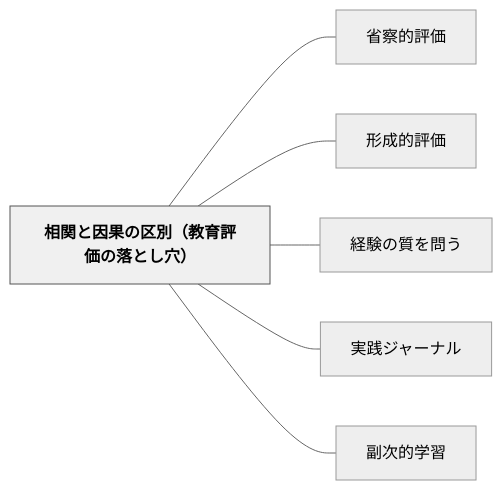
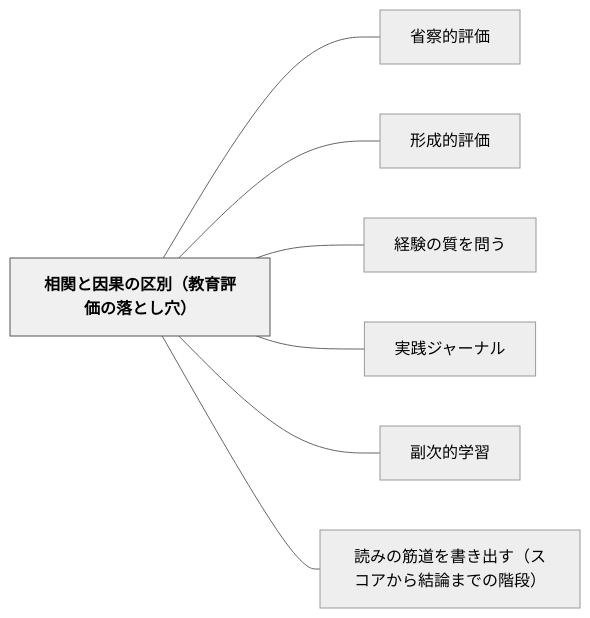
Before and after one commit to unknownthings-ed-patterns/unknownthings-ed-patterns: the diagram in content/パタン/相関と因果の区別（教育評価の落とし穴）.md, drawn with Mermaid (neutral theme). The commit also changed other lines of this file and 11 other files, not shown here.

````diff
--- a/content/パタン/相関と因果の区別（教育評価の落とし穴）.md
+++ b/content/パタン/相関と因果の区別（教育評価の落とし穴）.md
@@ -184,18 +185,20 @@
 ```mermaid
 flowchart LR
     ne79bb8e996a2e381a8e59ba0e69e9ce381aee58cbae588a5efbc88e69599e882b2e8a995e4bea1e381aee890bde381a8e38197e7a9b4efbc89["相関と因果の区別（教育評価の落とし穴）"]
     ne79c81e5af9fe79a84e8a995e4bea1["省察的評価"]
     ne5bda2e68890e79a84e8a995e4bea1["形成的評価"]
     ne7b58ce9a893e381aee8b3aae38292e5958fe38186["経験の質を問う"]
     ne5ae9fe8b7b5e382b8e383a3e383bce3838ae383ab["実践ジャーナル"]
     ne589afe6aca1e79a84e5ada6e7bf92["副次的学習"]
+    ne8aaade381bfe381aee7ad8be98193e38292e69bb8e3818de587bae38199efbc88e382b9e382b3e382a2e3818be38289e7b590e8ab96e381bee381a7e381aee99a8ee6aeb5efbc89["読みの筋道を書き出す（スコアから結論までの階段）"]
 
     ne79bb8e996a2e381a8e59ba0e69e9ce381aee58cbae588a5efbc88e69599e882b2e8a995e4bea1e381aee890bde381a8e38197e7a9b4efbc89 --- ne79c81e5af9fe79a84e8a995e4bea1
     ne79bb8e996a2e381a8e59ba0e69e9ce381aee58cbae588a5efbc88e69599e882b2e8a995e4bea1e381aee890bde381a8e38197e7a9b4efbc89 --- ne5bda2e68890e79a84e8a995e4bea1
     ne79bb8e996a2e381a8e59ba0e69e9ce381aee58cbae588a5efbc88e69599e882b2e8a995e4bea1e381aee890bde381a8e38197e7a9b4efbc89 --- ne7b58ce9a893e381aee8b3aae38292e5958fe38186
     ne79bb8e996a2e381a8e59ba0e69e9ce381aee58cbae588a5efbc88e69599e882b2e8a995e4bea1e381aee890bde381a8e38197e7a9b4efbc89 --- ne5ae9fe8b7b5e382b8e383a3e383bce3838ae383ab
     ne79bb8e996a2e381a8e59ba0e69e9ce381aee58cbae588a5efbc88e69599e882b2e8a995e4bea1e381aee890bde381a8e38197e7a9b4efbc89 --- ne589afe6aca1e79a84e5ada6e7bf92
+    ne79bb8e996a2e381a8e59ba0e69e9ce381aee58cbae588a5efbc88e69599e882b2e8a995e4bea1e381aee890bde381a8e38197e7a9b4efbc89 --- ne8aaade381bfe381aee7ad8be98193e38292e69bb8e3818de587bae38199efbc88e382b9e382b3e382a2e3818be38289e7b590e8ab96e381bee381a7e381aee99a8ee6aeb5efbc89
 
     classDef hub fill:#f0f0f0,stroke:#555,color:#000,font-weight:bold
     class ne79bb8e996a2e381a8e59ba0e69e9ce381aee58cbae588a5efbc88e69599e882b2e8a995e4bea1e381aee890bde381a8e38197e7a9b4efbc89 hub
 ```
````
